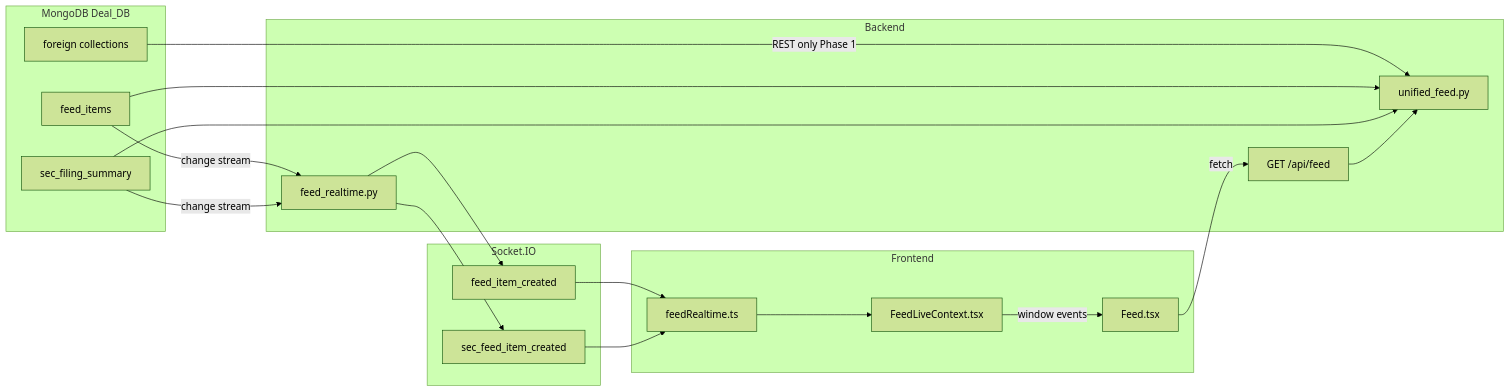
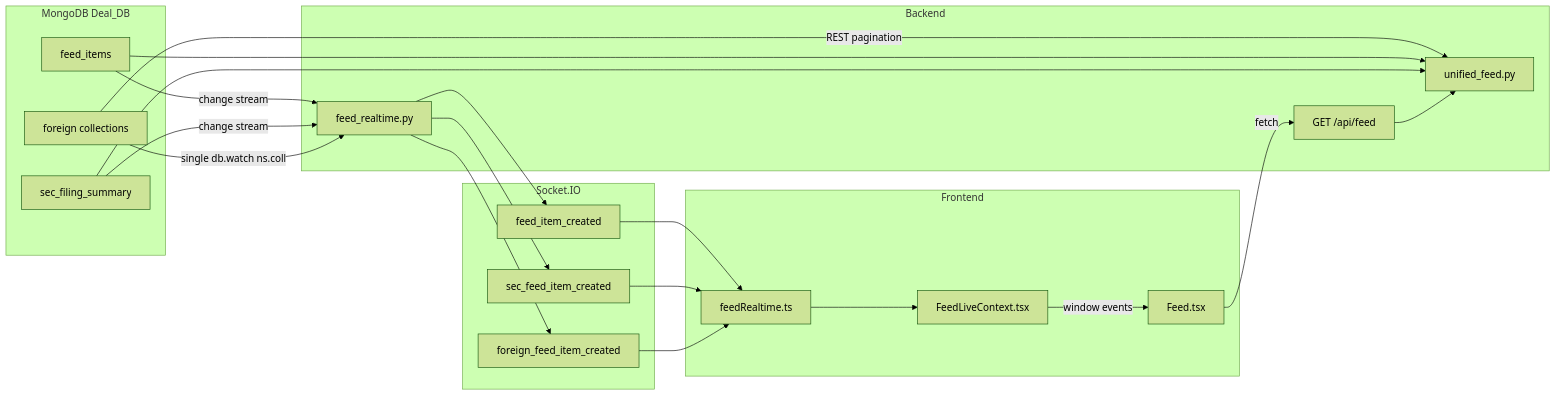
The diagram in docs/FEED_AND_LIVE_SOCKET.md (teqnodux/react_dashboard), drawn with Mermaid (forest theme) before and after one commit. The commit also changed other lines of this file and 8 other files, not shown here.

````diff
--- a/docs/FEED_AND_LIVE_SOCKET.md
+++ b/docs/FEED_AND_LIVE_SOCKET.md
@@ -9,41 +9,45 @@
 ```mermaid
 flowchart LR
   subgraph mongo [MongoDB Deal_DB]
     FI[feed_items]
     SEC[sec_filing_summary]
     FC[foreign collections]
   end
 
   subgraph backend [Backend]
     FR[feed_realtime.py]
     UF[unified_feed.py]
     API["GET /api/feed"]
   end
 
   subgraph socket [Socket.IO]
     E1["feed_item_created"]
     E2["sec_feed_item_created"]
+    E3["foreign_feed_item_created"]
   end
 
   FI -->|change stream| FR
   SEC -->|change stream| FR
+  FC -->|single db.watch ns.coll| FR
   FR --> E1
   FR --> E2
+  FR --> E3
 
-  FC -->|REST only Phase 1| UF
+  FC -->|REST pagination| UF
   FI --> UF
   SEC --> UF
   API --> UF
 
   subgraph frontend [Frontend]
     RT[feedRealtime.ts]
     CTX[FeedLiveContext.tsx]
     FEED[Feed.tsx]
   end
 
   E1 --> RT
   E2 --> RT
+  E3 --> RT
   RT --> CTX
   CTX -->|window events| FEED
   FEED -->|fetch| API
 ```
````
